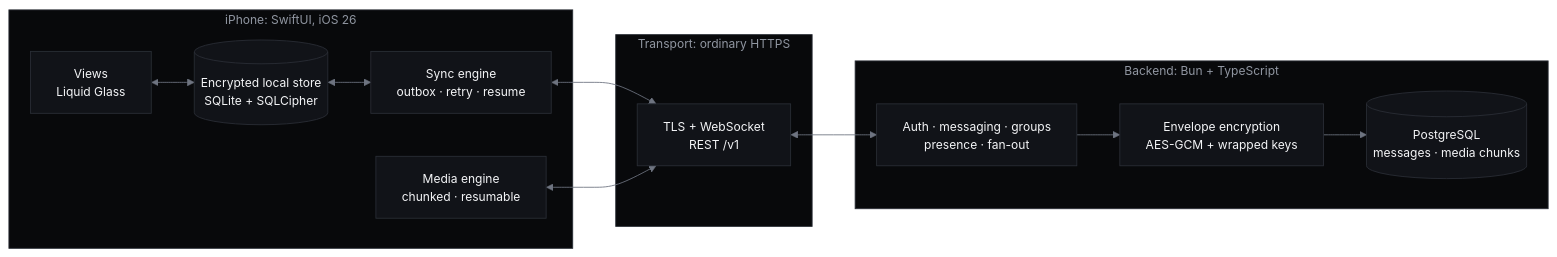
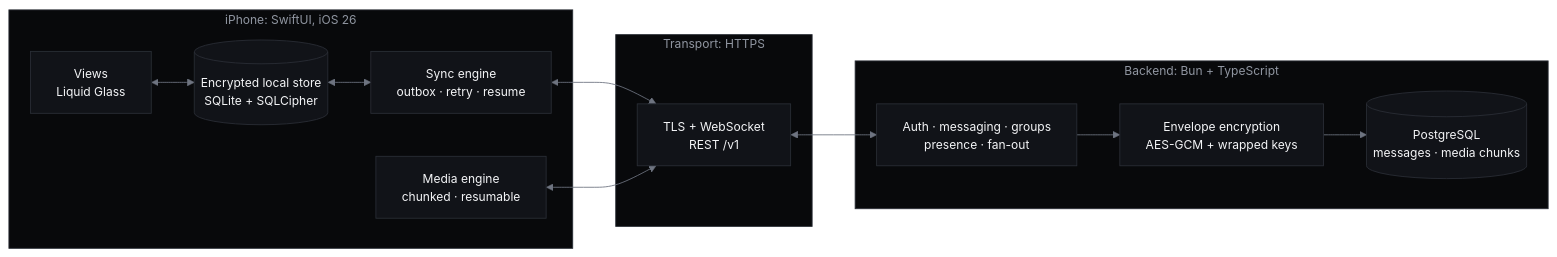
Before and after one commit to mmarufov/Toj: the first of 2 diagrams in README.md, drawn with Mermaid. The commit also changed other lines of this file and 7 other files, not shown here.

````diff
--- a/README.md
+++ b/README.md
@@ -71,37 +67,37 @@
 ```mermaid
 %%{init: {"theme":"base","themeVariables":{
   "primaryColor":"#111318","primaryTextColor":"#F4F5F7","primaryBorderColor":"#2A2E36",
   "lineColor":"#6E7480","textColor":"#F4F5F7","fontSize":"14px",
   "clusterBkg":"#08090B","clusterBorder":"#2A2E36"
 }}}%%
 flowchart LR
     subgraph device["iPhone: SwiftUI, iOS 26"]
         UI["Views<br/>Liquid Glass"]
         Store[("Encrypted local store<br/>SQLite + SQLCipher")]
         Sync["Sync engine<br/>outbox · retry · resume"]
         Media["Media engine<br/>chunked · resumable"]
     end
 
-    subgraph edge["Transport: ordinary HTTPS"]
+    subgraph edge["Transport: HTTPS"]
         WS["TLS + WebSocket<br/>REST /v1"]
     end
 
     subgraph backend["Backend: Bun + TypeScript"]
         API["Auth · messaging · groups<br/>presence · fan-out"]
         Env["Envelope encryption<br/>AES-GCM + wrapped keys"]
         DB[("PostgreSQL<br/>messages · media chunks")]
     end
 
     UI <--> Store
     Store <--> Sync
     Sync <--> WS
     Media <--> WS
     WS <--> API
     API --> Env --> DB
 
     classDef n fill:#111318,stroke:#2A2E36,color:#F4F5F7
     class UI,Store,Sync,Media,WS,API,Env,DB n
     style device fill:#08090B,stroke:#2A2E36,color:#9096A1
     style edge fill:#08090B,stroke:#2A2E36,color:#9096A1
     style backend fill:#08090B,stroke:#2A2E36,color:#9096A1
 ```
````
